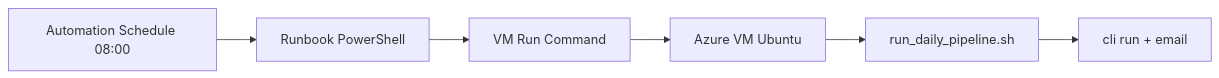
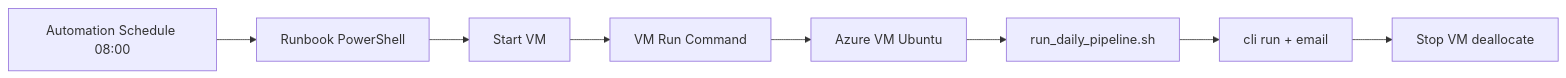
Before and after one commit to Maxifunny/Job_search: the diagram in docs/agents/azure-deployment-agent.md, drawn with Mermaid. The commit also changed other lines of this file and 3 other files, not shown here.

First line of the commit message:
feat(azure): start/stop VM around daily pipeline for cost savings

````diff
--- a/docs/agents/azure-deployment-agent.md
+++ b/docs/agents/azure-deployment-agent.md
@@ -52,8 +72,10 @@
 ```mermaid
 flowchart LR
     A[Automation Schedule 08:00] --> R[Runbook PowerShell]
-    R --> RC[VM Run Command]
+    R --> Start[Start VM]
+    Start --> RC[VM Run Command]
     RC --> VM[Azure VM Ubuntu]
     VM --> S[run_daily_pipeline.sh]
     S --> P[cli run + email]
+    P --> Stop[Stop VM deallocate]
 ```
````
